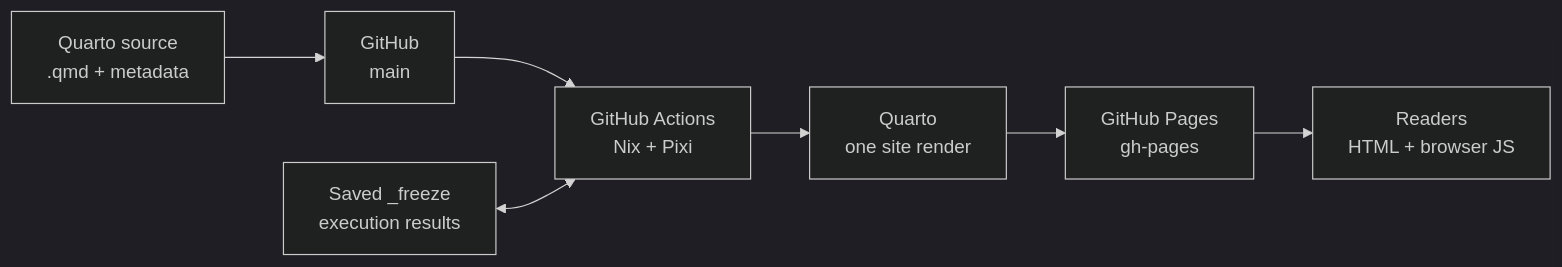
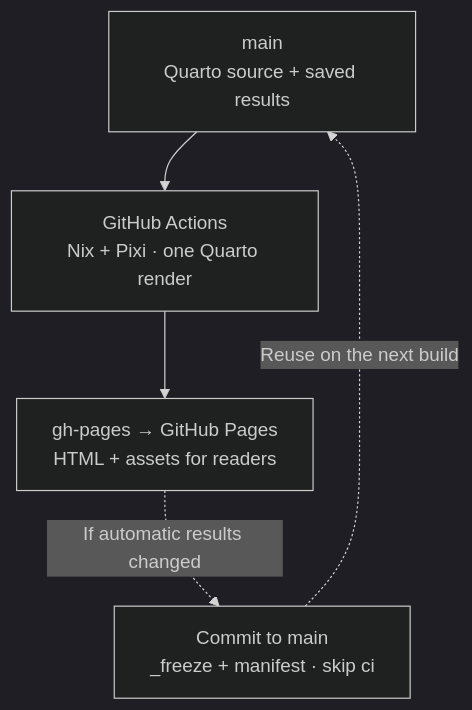
The diagram in about/blog/index.qmd (YONGHUNI/blog), drawn with Mermaid (dark theme) before and after one commit. The commit also changed other lines of this file and 6 other files, not shown here.

Commit message:
Clarify blog documentation and improve diagram readability (#11)

````diff
--- a/about/blog/index.qmd
+++ b/about/blog/index.qmd
@@ -23,10 +18,8 @@
 ```{mermaid}
-%%| fig-cap: "The build runs on GitHub Actions; readers receive a static website."
-flowchart LR
-    A["Quarto source<br/>.qmd + metadata"] --> B["GitHub<br/>main"]
-    B --> C["GitHub Actions<br/>Nix + Pixi"]
-    C --> D["Quarto<br/>one site render"]
-    D --> E["GitHub Pages<br/>gh-pages"]
-    F["Saved _freeze<br/>execution results"] <--> C
-    E --> G["Readers<br/>HTML + browser JS"]
+%%| fig-cap: "Each build renders HTML once. After publishing, changed automatic freeze results are saved for the next build."
+flowchart TD
+    A["main<br/>Quarto source + saved results"] --> B["GitHub Actions<br/>Nix + Pixi · one Quarto render"]
+    B --> C["gh-pages → GitHub Pages<br/>HTML + assets for readers"]
+    C -. "If automatic results changed" .-> D["Commit to main<br/>_freeze + manifest · skip ci"]
+    D -. "Reuse on the next build" .-> A
 ```
````
